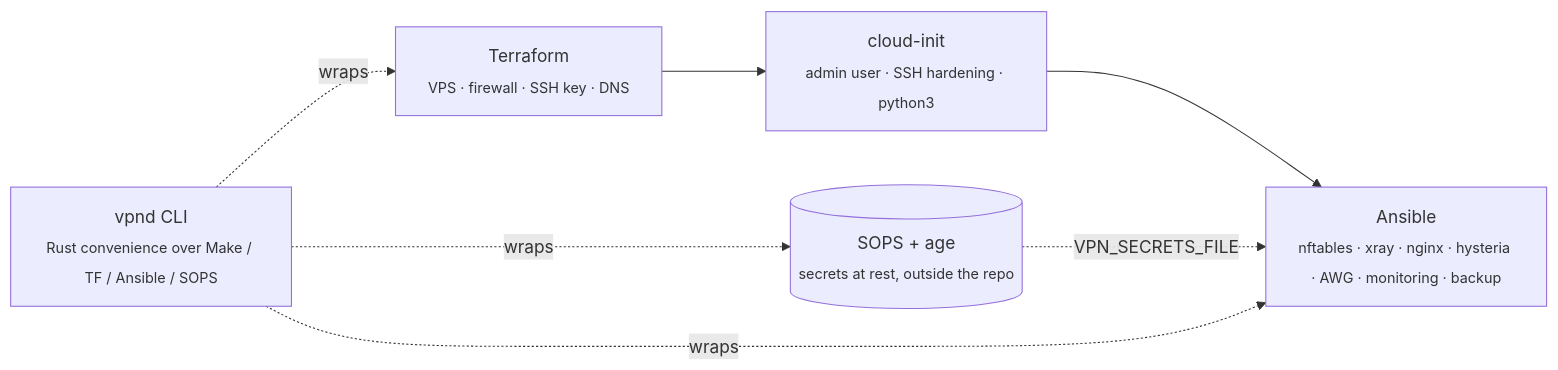
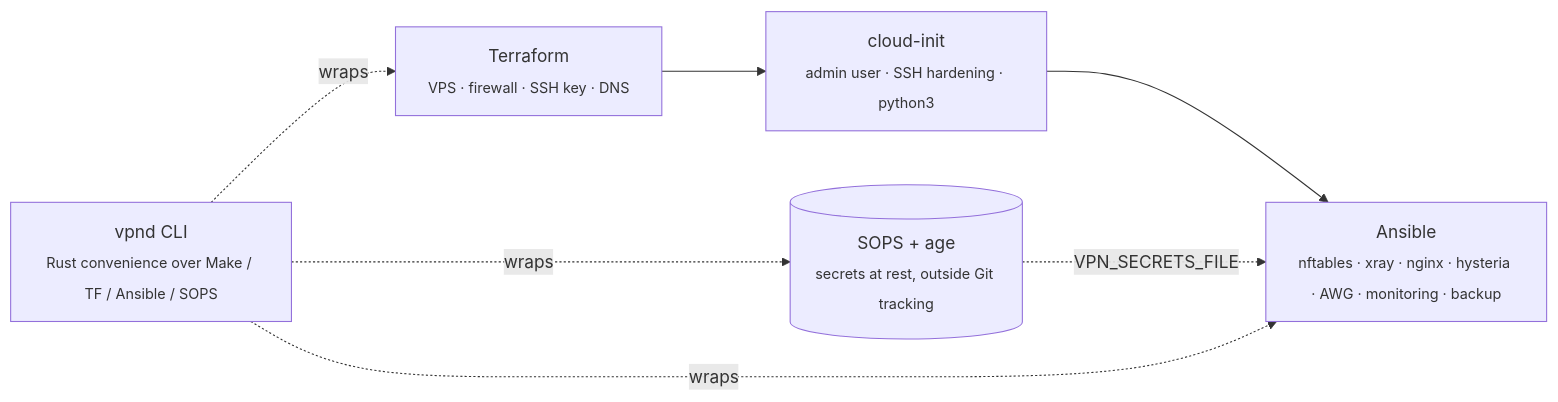
The first of 3 diagrams in README.md (po4yka/ripdpi-vpn-deploy), drawn with Mermaid before and after one commit. The commit also changed other lines of this file and 32 other files, not shown here.

````diff
--- a/README.md
+++ b/README.md
@@ -16,14 +17,14 @@
 ```mermaid
 flowchart LR
     TF["Terraform<br/><sub>VPS · firewall · SSH key · DNS</sub>"]
     CI["cloud-init<br/><sub>admin user · SSH hardening · python3</sub>"]
     AN["Ansible<br/><sub>nftables · xray · nginx · hysteria · AWG · monitoring · backup</sub>"]
-    SC[("SOPS + age<br/><sub>secrets at rest, outside the repo</sub>")]
+    SC[("SOPS + age<br/><sub>secrets at rest, outside Git tracking</sub>")]
     VD["vpnd CLI<br/><sub>Rust convenience over Make / TF / Ansible / SOPS</sub>"]
 
     TF --> CI --> AN
     SC -. VPN_SECRETS_FILE .-> AN
     VD -. wraps .-> TF
     VD -. wraps .-> AN
     VD -. wraps .-> SC
 ```
````
